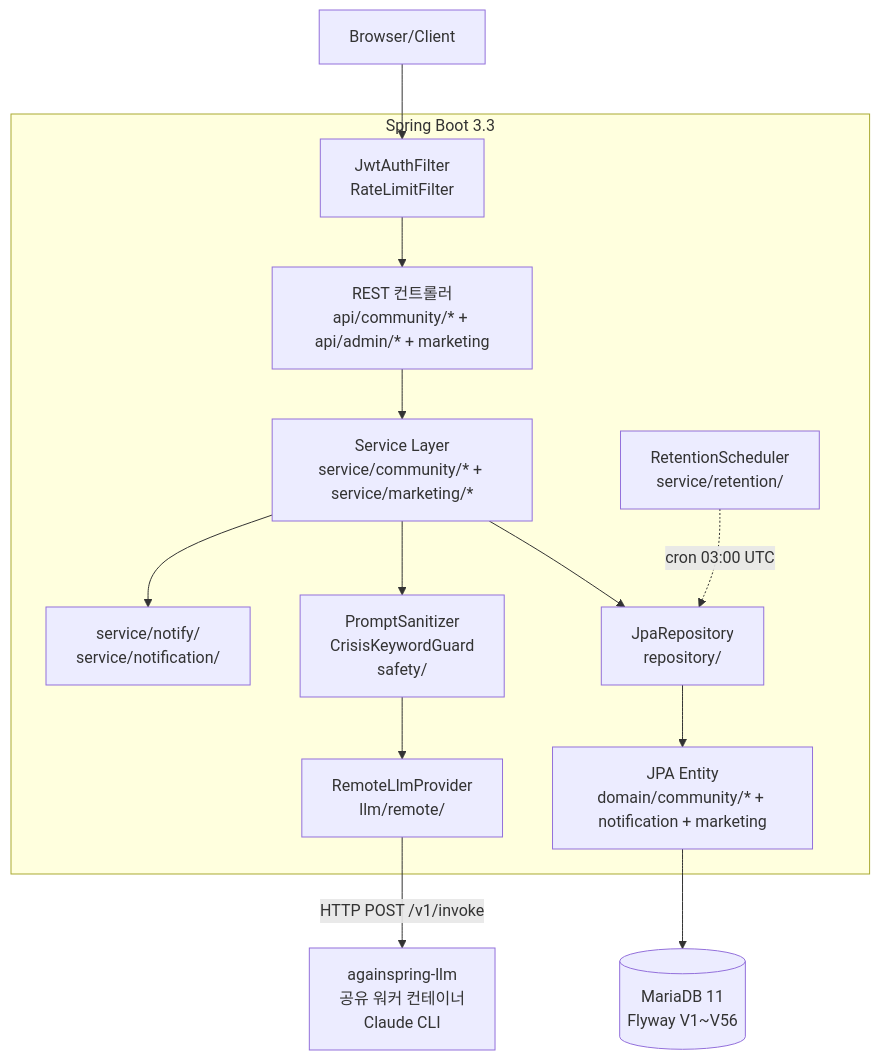
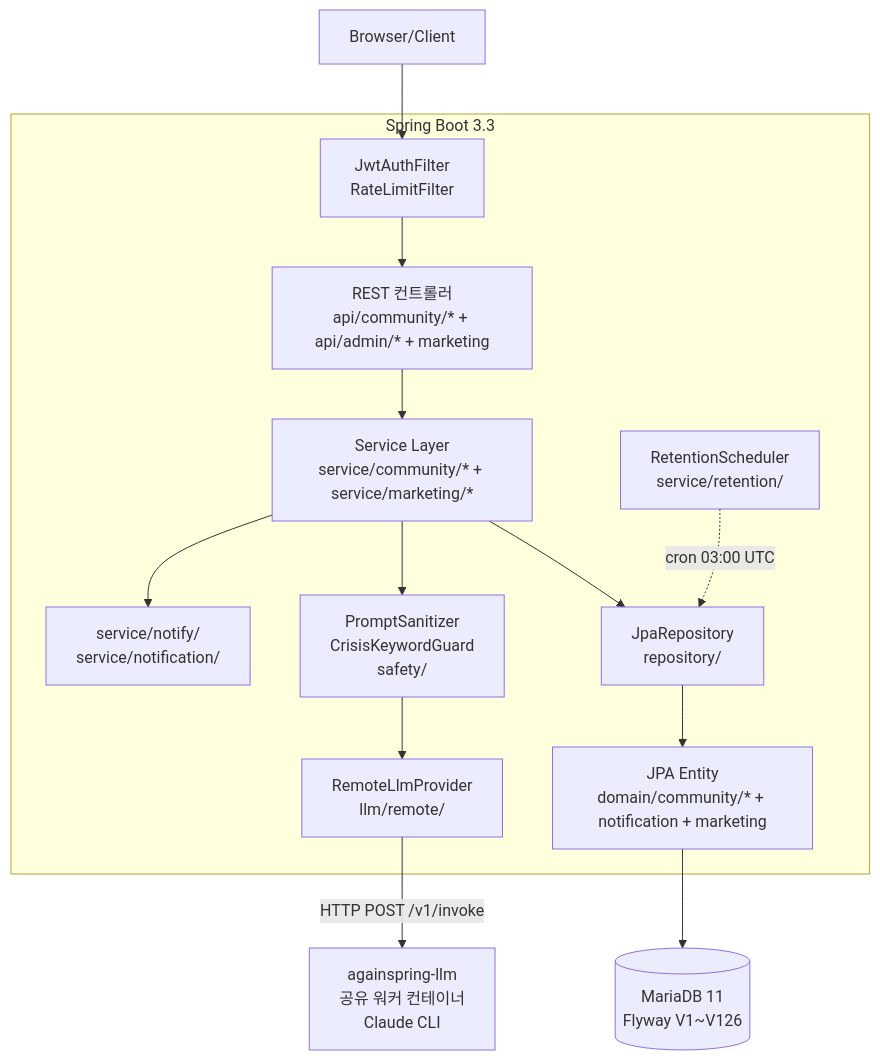
One commit to Justant-source/Again-Spring changed the first of 2 diagrams in docs/backend/30-components/architecture.md. Above: the diagram before and after it, drawn with Mermaid. The commit also changed other lines of this file and 187 other files, not shown here.

````diff
--- a/docs/backend/30-components/architecture.md
+++ b/docs/backend/30-components/architecture.md
@@ -26,25 +26,25 @@
 ```mermaid
 flowchart TB
     Client[Browser/Client]
     subgraph SpringBoot["Spring Boot 3.3"]
         Filter[JwtAuthFilter\nRateLimitFilter]
         Controller["REST 컨트롤러\napi/community/* + api/admin/* + marketing"]
         Service["Service Layer\nservice/community/* + service/marketing/*"]
         Domain["JPA Entity\ndomain/community/* + notification + marketing"]
         Repo[JpaRepository\nrepository/]
         LLM["RemoteLlmProvider\nllm/remote/"]
         Safety["PromptSanitizer\nCrisisKeywordGuard\nsafety/"]
         Sched["RetentionScheduler\nservice/retention/"]
         Notify["service/notify/\nservice/notification/"]
     end
-    DB[(MariaDB 11\nFlyway V1~V56)]
+    DB[(MariaDB 11\nFlyway V1~V126)]
     LLMWorker["againspring-llm\n공유 워커 컨테이너\nClaude CLI"]
 
     Client --> Filter --> Controller --> Service
     Service --> Repo --> Domain --> DB
     Service --> Safety
     Safety --> LLM
     LLM -->|HTTP POST /v1/invoke| LLMWorker
     Service --> Notify
     Sched -.->|cron 03:00 UTC| Repo
 ```
````
